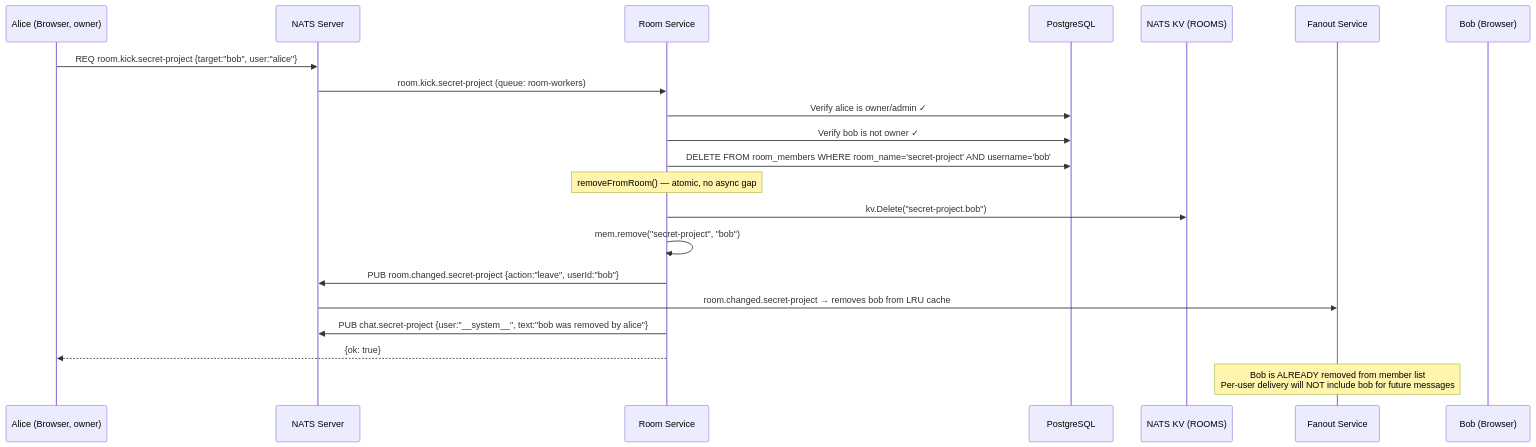
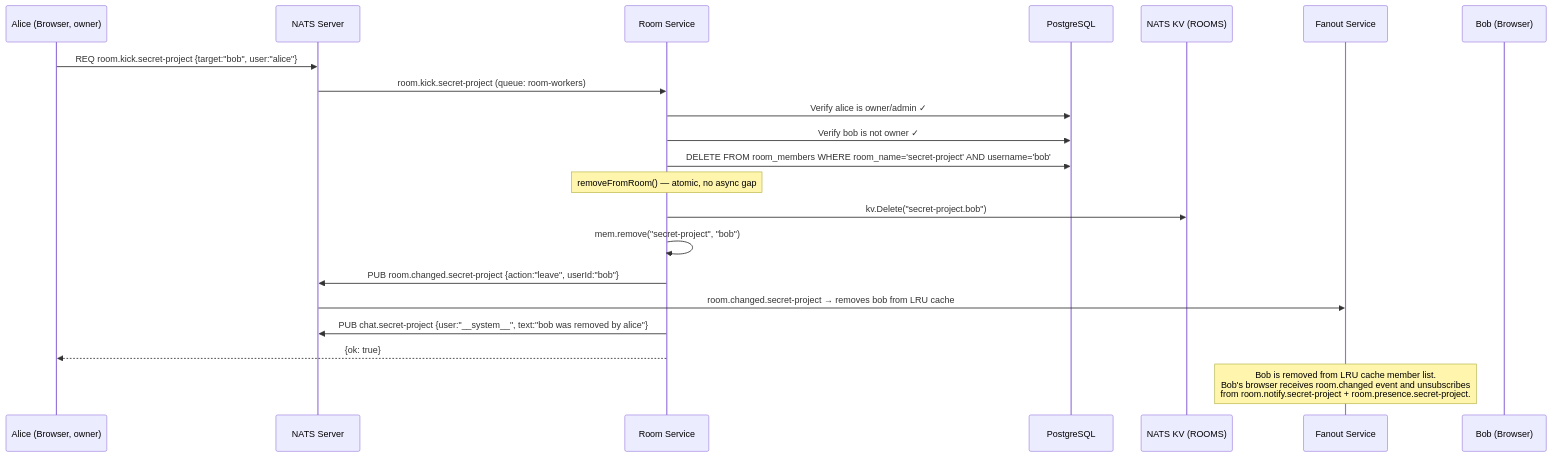
The eighth of 16 diagrams in docs/plans/2026-02-25-room-subscription-design.md (julianshen/nats-chat-keycloak), drawn with Mermaid before and after one commit. The commit also changed other lines of this file, not shown here.

First line of the commit message:
Update room subscription design doc to match current implementation

````diff
--- a/docs/plans/2026-02-25-room-subscription-design.md
+++ b/docs/plans/2026-02-25-room-subscription-design.md
@@ -318,30 +314,30 @@
 ```mermaid
 sequenceDiagram
     participant Alice as Alice (Browser, owner)
     participant NATS as NATS Server
     participant RoomSvc as Room Service
     participant DB as PostgreSQL
     participant KV as NATS KV (ROOMS)
     participant Fanout as Fanout Service
     participant Bob as Bob (Browser)
 
     Alice->>NATS: REQ room.kick.secret-project {target:"bob", user:"alice"}
     NATS->>RoomSvc: room.kick.secret-project (queue: room-workers)
 
     RoomSvc->>DB: Verify alice is owner/admin ✓
     RoomSvc->>DB: Verify bob is not owner ✓
     RoomSvc->>DB: DELETE FROM room_members WHERE room_name='secret-project' AND username='bob'
 
     Note over RoomSvc: removeFromRoom() — atomic, no async gap
 
     RoomSvc->>KV: kv.Delete("secret-project.bob")
     RoomSvc->>RoomSvc: mem.remove("secret-project", "bob")
     RoomSvc->>NATS: PUB room.changed.secret-project {action:"leave", userId:"bob"}
 
     NATS->>Fanout: room.changed.secret-project → removes bob from LRU cache
 
     RoomSvc->>NATS: PUB chat.secret-project {user:"__system__", text:"bob was removed by alice"}
     RoomSvc-->>Alice: {ok: true}
 
-    Note over Fanout: Bob is ALREADY removed from member list<br/>Per-user delivery will NOT include bob for future messages
+    Note over Fanout: Bob is removed from LRU cache member list.<br/>Bob's browser receives room.changed event and unsubscribes<br/>from room.notify.secret-project + room.presence.secret-project.
 ```
````
